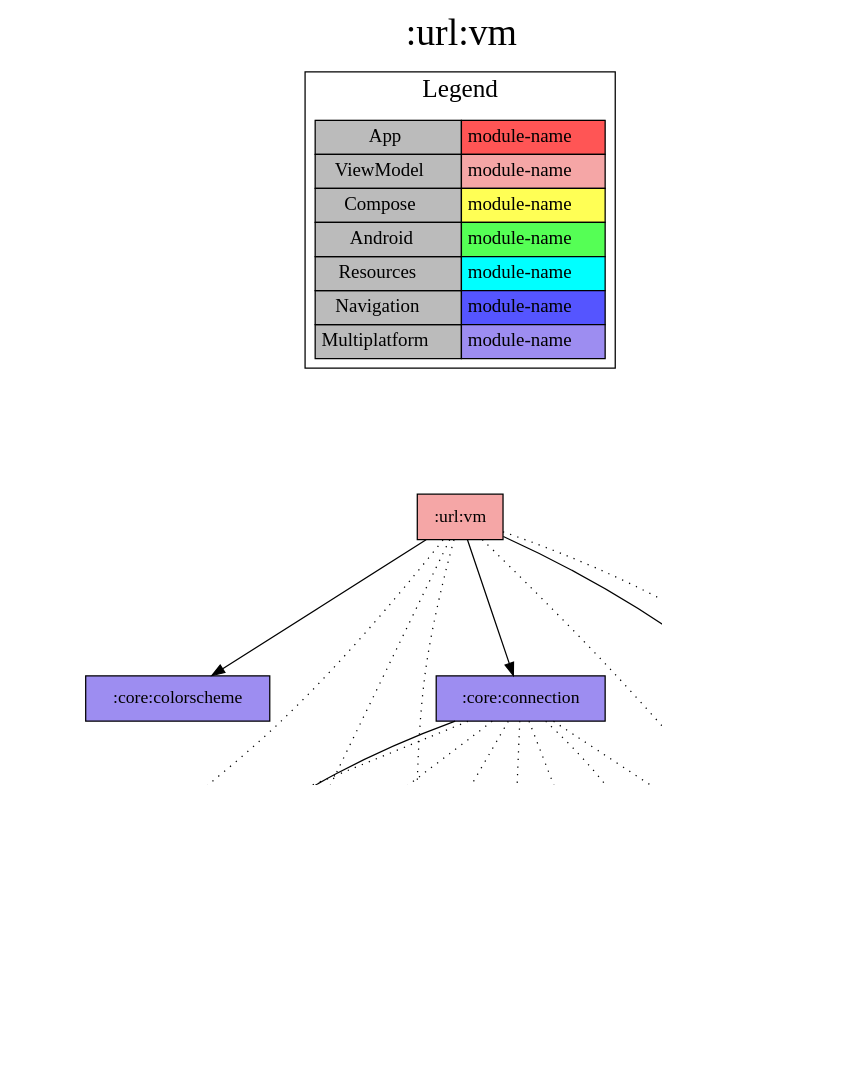
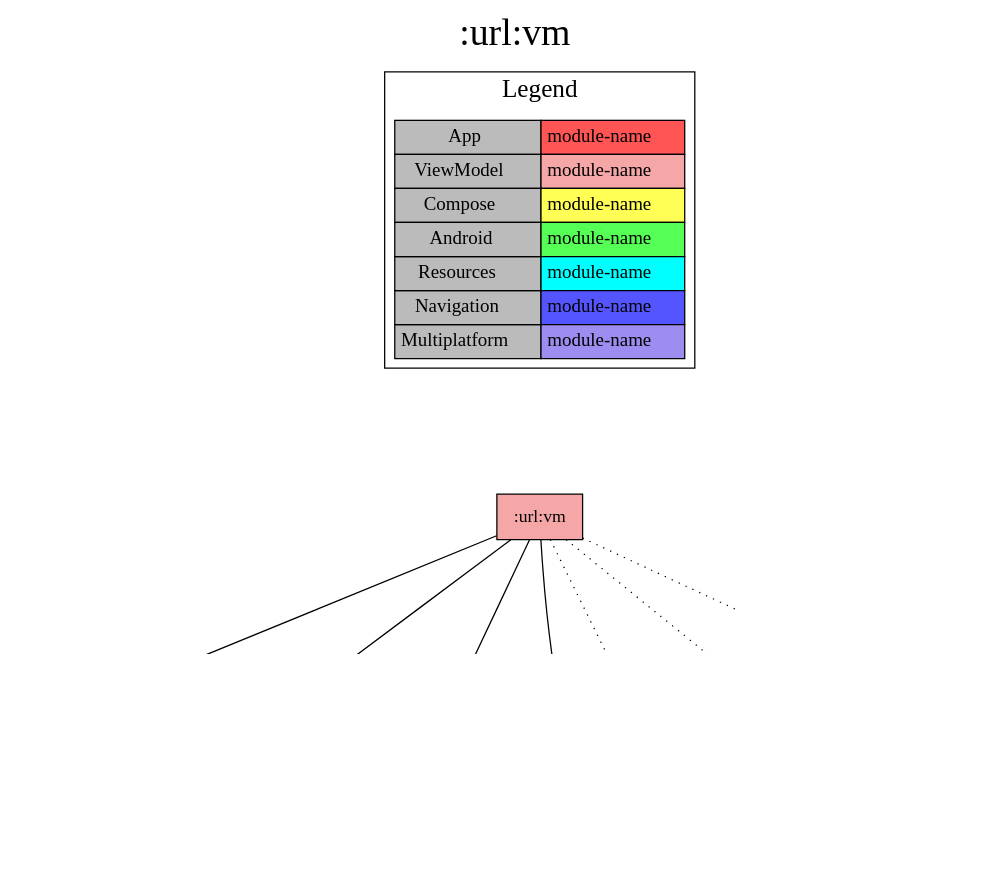
Before and after one commit to jonapoul/aktual: the diagram in modules/url/vm/project-dependency-graph.dot, drawn with Graphviz. The commit also changed 23 other files, not shown here.

```diff
--- a/modules/url/vm/project-dependency-graph.dot
+++ b/modules/url/vm/project-dependency-graph.dot
@@ -1,58 +1,45 @@
 digraph {
 edge ["dir"="forward"]
 graph ["dpi"="100","label"=":url:vm","labelloc"="t","fontsize"="30","ranksep"="1.5","rankdir"="TB"]
 node ["style"="filled"]
 ":url:vm" ["fillcolor"="#F5A6A6","shape"="box"]
 ":core:colorscheme" ["fillcolor"="#9D8DF1","shape"="box"]
-":core:connection" ["fillcolor"="#9D8DF1","shape"="box"]
-":core:buildconfig" ["fillcolor"="#9D8DF1","shape"="box"]
+":core:coroutines" ["fillcolor"="#9D8DF1","shape"="box"]
+":core:log" ["fillcolor"="#9D8DF1","shape"="box"]
+":url:model" ["fillcolor"="#9D8DF1","shape"="box"]
 ":api:actual" ["fillcolor"="#9D8DF1","shape"="box"]
 ":login:model" ["fillcolor"="#9D8DF1","shape"="box"]
-":url:model" ["fillcolor"="#9D8DF1","shape"="box"]
-":api:core" ["fillcolor"="#9D8DF1","shape"="box"]
-":core:log" ["fillcolor"="#9D8DF1","shape"="box"]
-":core:coroutines" ["fillcolor"="#9D8DF1","shape"="box"]
 ":core:versions" ["fillcolor"="#9D8DF1","shape"="box"]
+":core:buildconfig" ["fillcolor"="#9D8DF1","shape"="box"]
 ":url:prefs" ["fillcolor"="#9D8DF1","shape"="box"]
 {
 edge ["dir"="none"]
 graph ["rank"="same"]
 }
 ":url:vm" -> ":core:colorscheme"
-":url:vm" -> ":core:connection"
+":url:vm" -> ":core:coroutines"
+":url:vm" -> ":core:log"
 ":url:vm" -> ":url:model"
 ":url:vm" -> ":api:actual" ["style"="dotted"]
-":url:vm" -> ":core:coroutines" ["style"="dotted"]
-":url:vm" -> ":core:log" ["style"="dotted"]
 ":url:vm" -> ":core:versions" ["style"="dotted"]
 ":url:vm" -> ":url:prefs" ["style"="dotted"]
-":core:connection" -> ":core:buildconfig"
-":core:connection" -> ":api:actual" ["style"="dotted"]
-":core:connection" -> ":api:core" ["style"="dotted"]
-":core:connection" -> ":core:coroutines" ["style"="dotted"]
-":core:connection" -> ":core:log" ["style"="dotted"]
-":core:connection" -> ":core:versions" ["style"="dotted"]
-":core:connection" -> ":url:model" ["style"="dotted"]
-":core:connection" -> ":url:prefs" ["style"="dotted"]
 ":api:actual" -> ":login:model"
 ":api:actual" -> ":url:model"
-":api:core" -> ":core:log"
-":api:core" -> ":url:model"
 ":core:versions" -> ":core:buildconfig"
 ":url:prefs" -> ":url:model"
 subgraph "cluster_legend" {
 edge ["dir"="none"]
 graph ["label"="Legend","fontsize"="20"]
 "Legend" ["style"="filled","fillcolor"="#bbbbbb","shape"="none","margin"="0","fontsize"="15","label"=<
 <TABLE BORDER="0" CELLBORDER="1" CELLSPACING="0" CELLPADDING="4">
 <TR><TD>App</TD><TD BGCOLOR="#FF5555">module-name</TD></TR>
 <TR><TD>ViewModel</TD><TD BGCOLOR="#F5A6A6">module-name</TD></TR>
 <TR><TD>Compose</TD><TD BGCOLOR="#FFFF55">module-name</TD></TR>
 <TR><TD>Android</TD><TD BGCOLOR="#55FF55">module-name</TD></TR>
 <TR><TD>Resources</TD><TD BGCOLOR="#00FFFF">module-name</TD></TR>
 <TR><TD>Navigation</TD><TD BGCOLOR="#5555FF">module-name</TD></TR>
 <TR><TD>Multiplatform</TD><TD BGCOLOR="#9D8DF1">module-name</TD></TR>
 </TABLE>
 >]
 } -> ":url:vm" ["style"="invis"]
 }
```
